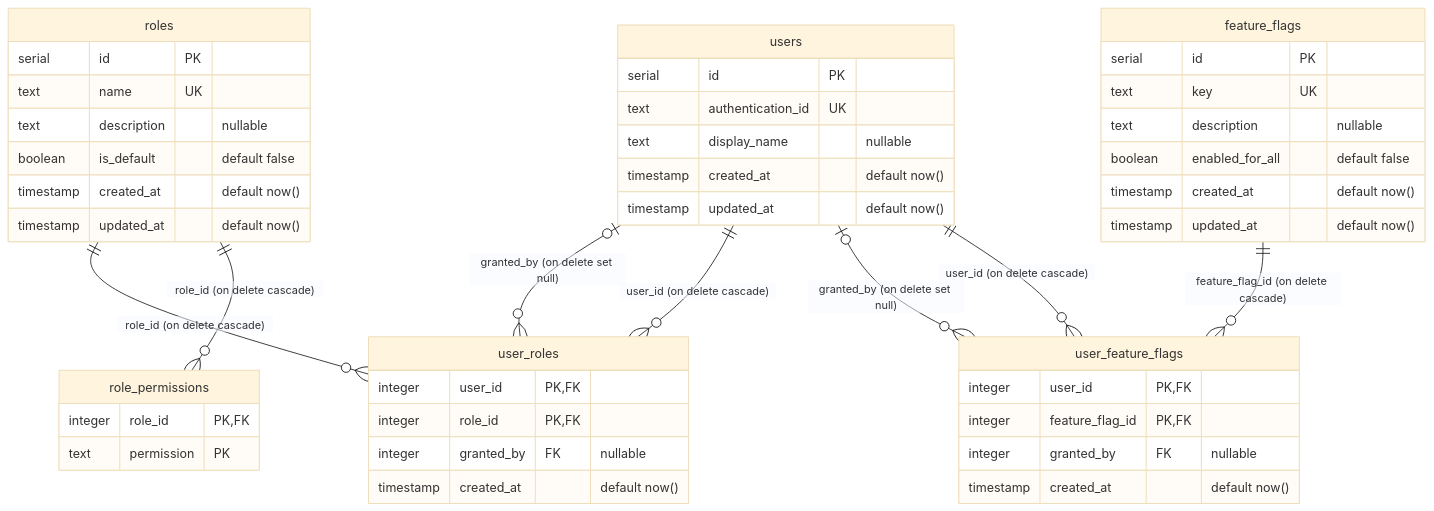
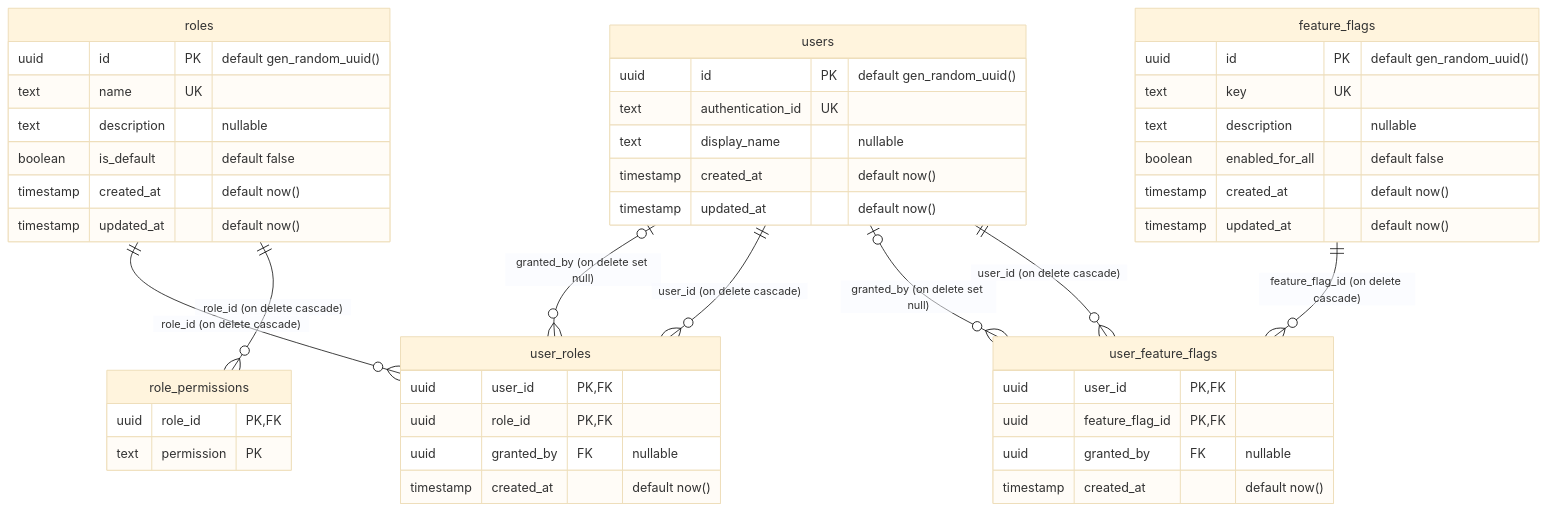
One commit to capitnflam/books changed the diagram in packages/database/ERD.md. Above: the diagram before and after it, drawn with Mermaid (base theme). The commit also changed 7 other files, not shown here.

````diff
--- a/packages/database/ERD.md
+++ b/packages/database/ERD.md
@@ -7,49 +7,49 @@
 ```mermaid
 erDiagram
   roles ||--o{ role_permissions : "role_id (on delete cascade)"
   users ||--o{ user_feature_flags : "user_id (on delete cascade)"
   feature_flags ||--o{ user_feature_flags : "feature_flag_id (on delete cascade)"
   users |o--o{ user_feature_flags : "granted_by (on delete set null)"
   users ||--o{ user_roles : "user_id (on delete cascade)"
   roles ||--o{ user_roles : "role_id (on delete cascade)"
   users |o--o{ user_roles : "granted_by (on delete set null)"
   feature_flags {
-    serial id PK
+    uuid id PK "default gen_random_uuid()"
     text key UK
     text description "nullable"
     boolean enabled_for_all "default false"
     timestamp created_at "default now()"
     timestamp updated_at "default now()"
   }
   role_permissions {
-    integer role_id PK,FK
+    uuid role_id PK,FK
     text permission PK
   }
   roles {
-    serial id PK
+    uuid id PK "default gen_random_uuid()"
     text name UK
     text description "nullable"
     boolean is_default "default false"
     timestamp created_at "default now()"
     timestamp updated_at "default now()"
   }
   user_feature_flags {
-    integer user_id PK,FK
-    integer feature_flag_id PK,FK
-    integer granted_by FK "nullable"
+    uuid user_id PK,FK
+    uuid feature_flag_id PK,FK
+    uuid granted_by FK "nullable"
     timestamp created_at "default now()"
   }
   user_roles {
-    integer user_id PK,FK
-    integer role_id PK,FK
-    integer granted_by FK "nullable"
+    uuid user_id PK,FK
+    uuid role_id PK,FK
+    uuid granted_by FK "nullable"
     timestamp created_at "default now()"
   }
   users {
-    serial id PK
+    uuid id PK "default gen_random_uuid()"
     text authentication_id UK
     text display_name "nullable"
     timestamp created_at "default now()"
     timestamp updated_at "default now()"
   }
 ```
````
